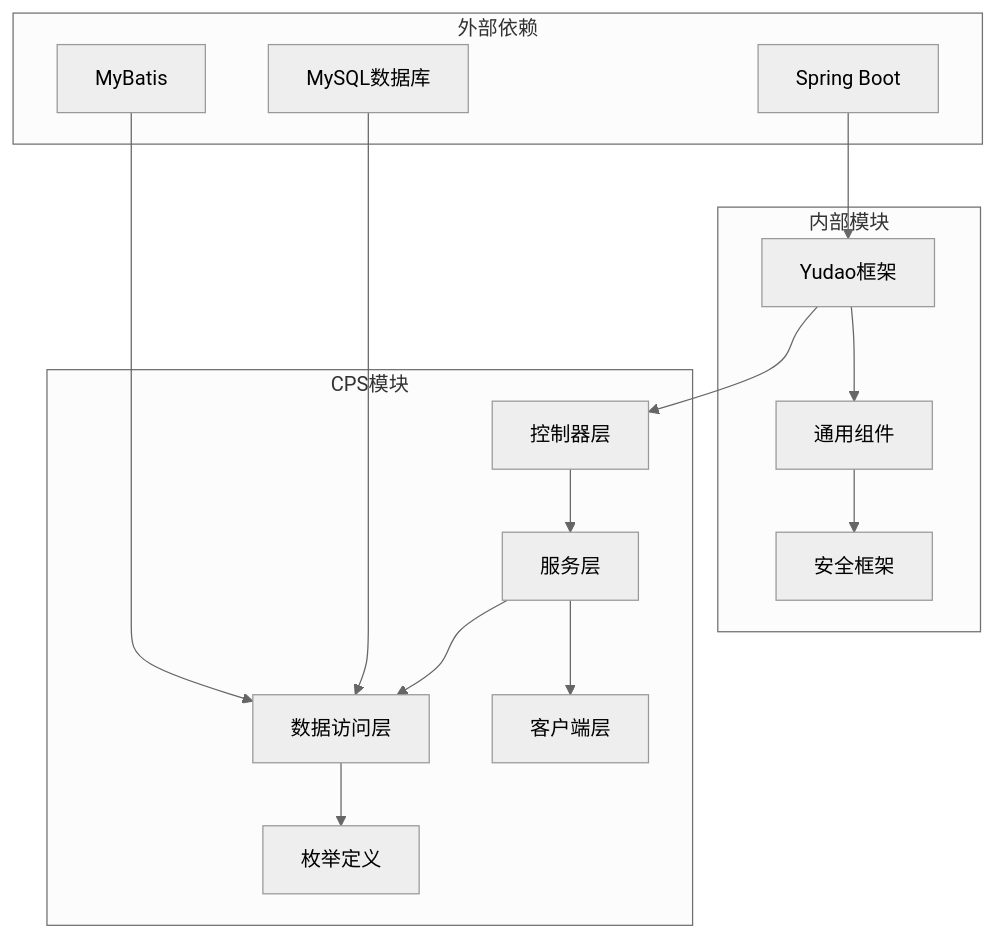
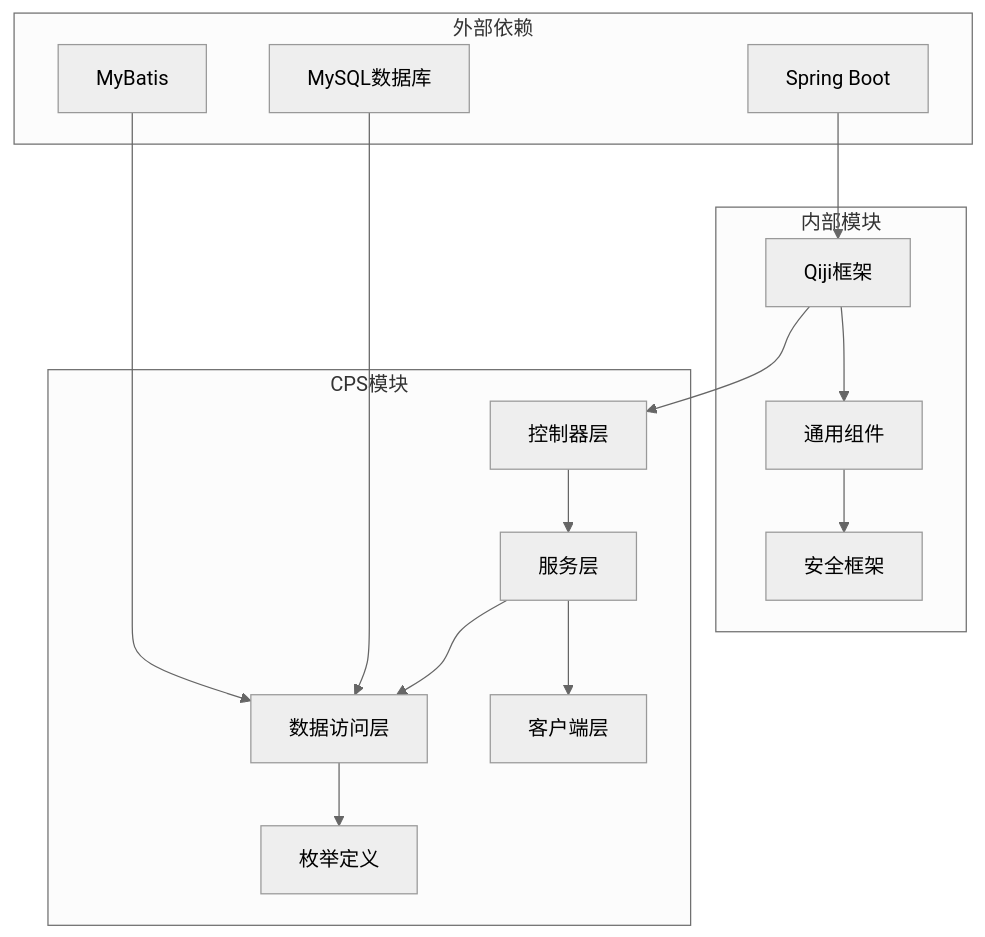
The sixth of 6 diagrams in backend/.qoder/repowiki/zh/content/API接口文档/管理端管理接口/平台配置管理接口.md (zhuangpengLI/AgenticCPS), drawn with Mermaid (neutral theme) before and after one commit. The commit also changed other lines of this file and 3489 other files, not shown here.

````diff
--- a/backend/.qoder/repowiki/zh/content/API接口文档/管理端管理接口/平台配置管理接口.md
+++ b/backend/.qoder/repowiki/zh/content/API接口文档/管理端管理接口/平台配置管理接口.md
@@ -427,30 +427,30 @@
 ```mermaid
 graph TB
 subgraph "外部依赖"
 SpringBoot[Spring Boot]
 MyBatis[MyBatis]
 MySQL[MySQL数据库]
 end
 subgraph "内部模块"
-Framework[Yudao框架]
+Framework[Qiji框架]
 Common[通用组件]
 Security[安全框架]
 end
 subgraph "CPS模块"
 Controller[控制器层]
 Service[服务层]
 DAO[数据访问层]
 Client[客户端层]
 Enum[枚举定义]
 end
 SpringBoot --> Framework
 MyBatis --> DAO
 MySQL --> DAO
 Framework --> Common
 Common --> Security
 Framework --> Controller
 Controller --> Service
 Service --> DAO
 Service --> Client
 DAO --> Enum
 ```
````
